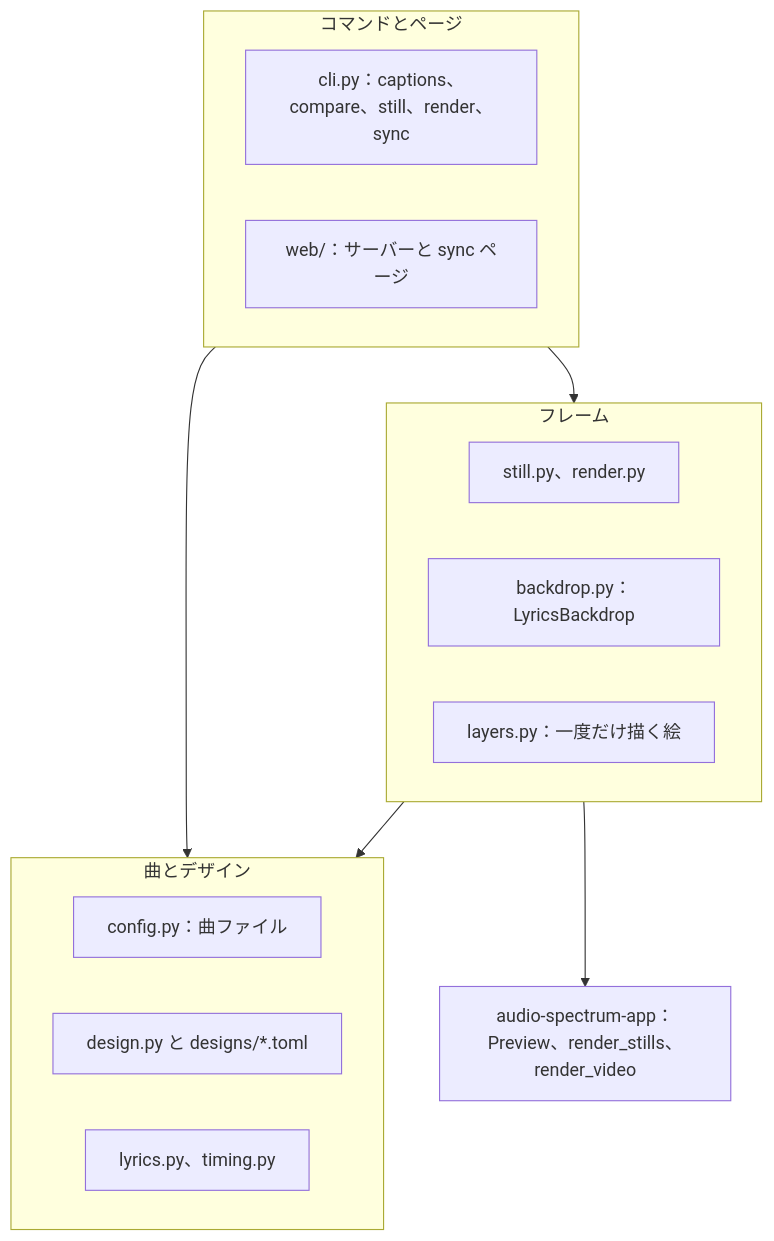
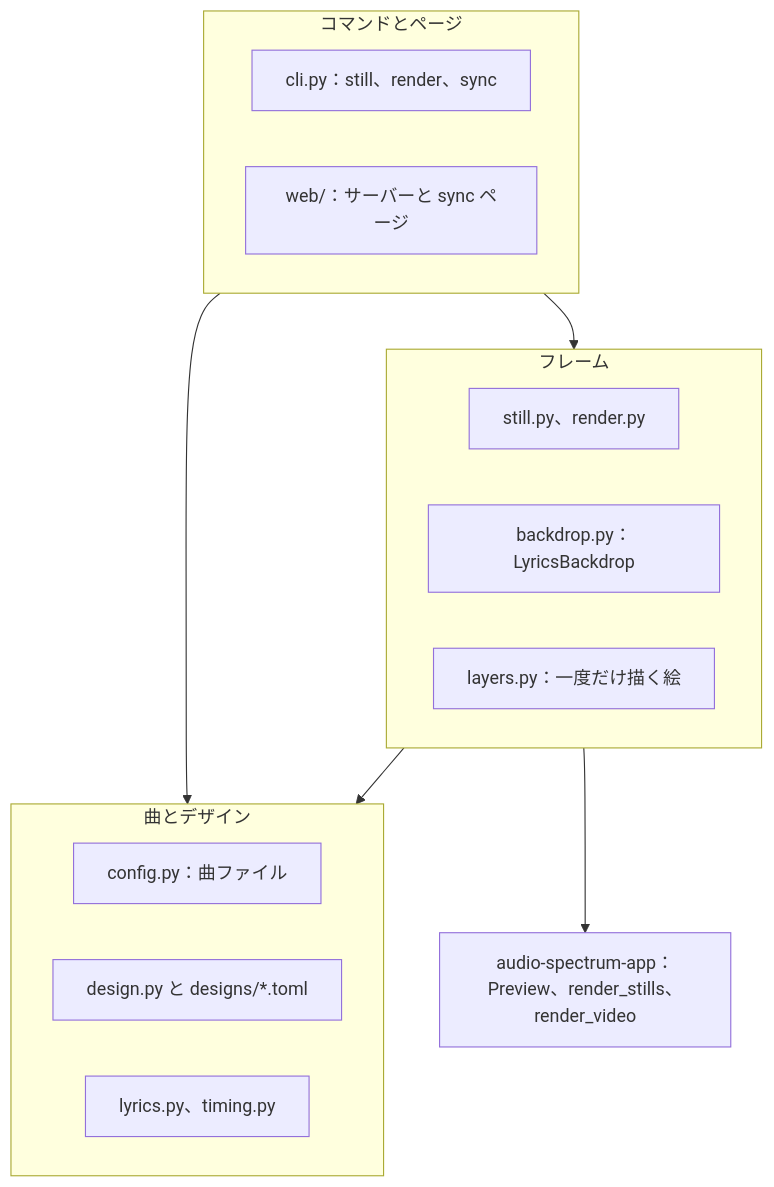
The first of 3 diagrams in docs/ja/ARCHITECTURE.md (musica-sanare/lyrics-video-app), drawn with Mermaid before and after one commit. The commit also changed other lines of this file and 27 other files, not shown here.

````diff
--- a/docs/ja/ARCHITECTURE.md
+++ b/docs/ja/ARCHITECTURE.md
@@ -15,22 +15,22 @@
 ```mermaid
 flowchart TB
   subgraph commands["コマンドとページ"]
-    cli["cli.py：captions、compare、still、render、sync"]
+    cli["cli.py：still、render、sync"]
     web["web/：サーバーと sync ページ"]
   end
   subgraph frames["フレーム"]
     still["still.py、render.py"]
     backdrop["backdrop.py：LyricsBackdrop"]
     layers["layers.py：一度だけ描く絵"]
   end
   subgraph inputs["曲とデザイン"]
     config["config.py：曲ファイル"]
     design["design.py と designs/*.toml"]
     text["lyrics.py、timing.py"]
   end
   spectrum["audio-spectrum-app：Preview、render_stills、render_video"]
   commands --> frames
   commands --> inputs
   frames --> inputs
   frames --> spectrum
 ```
````
